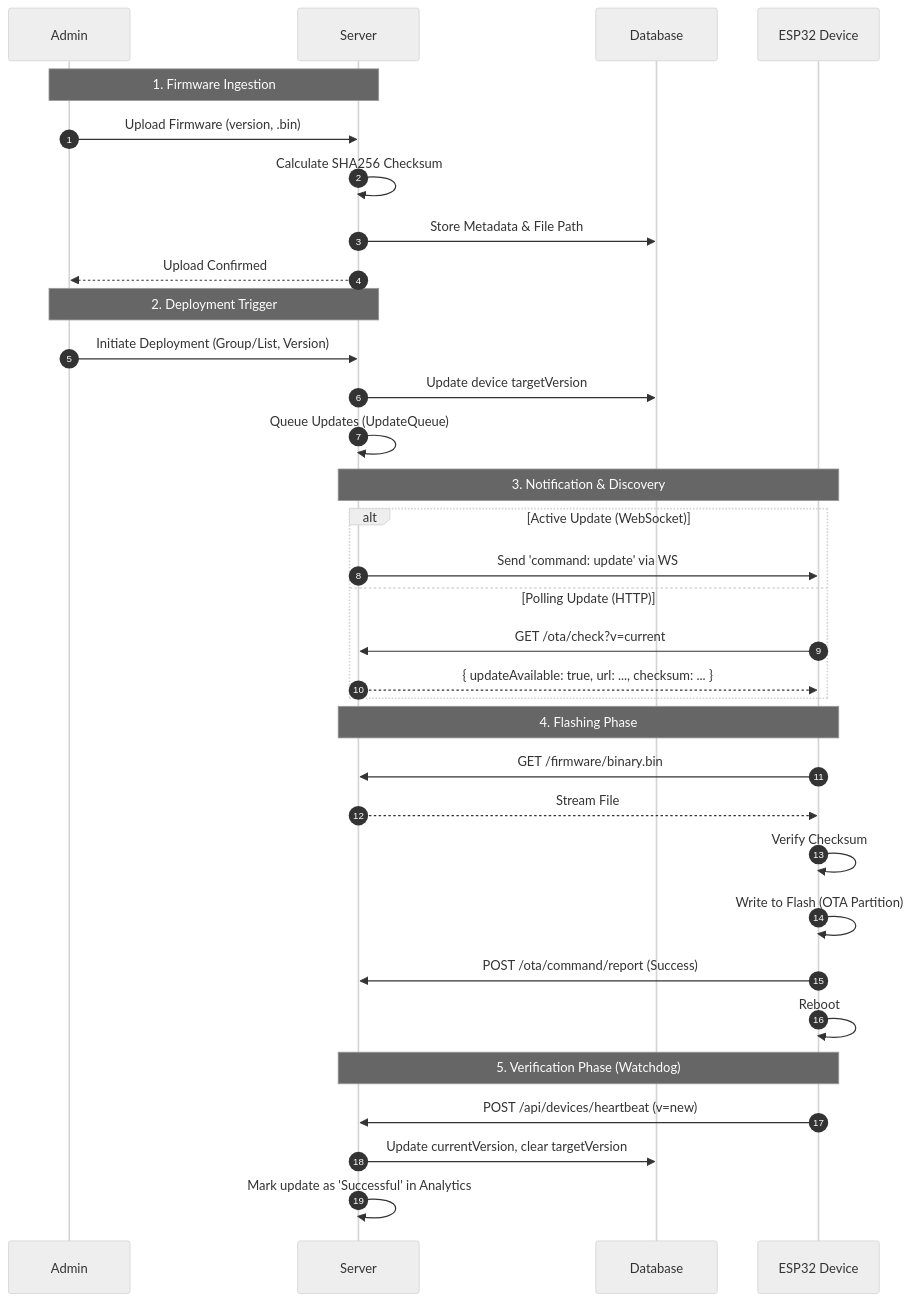
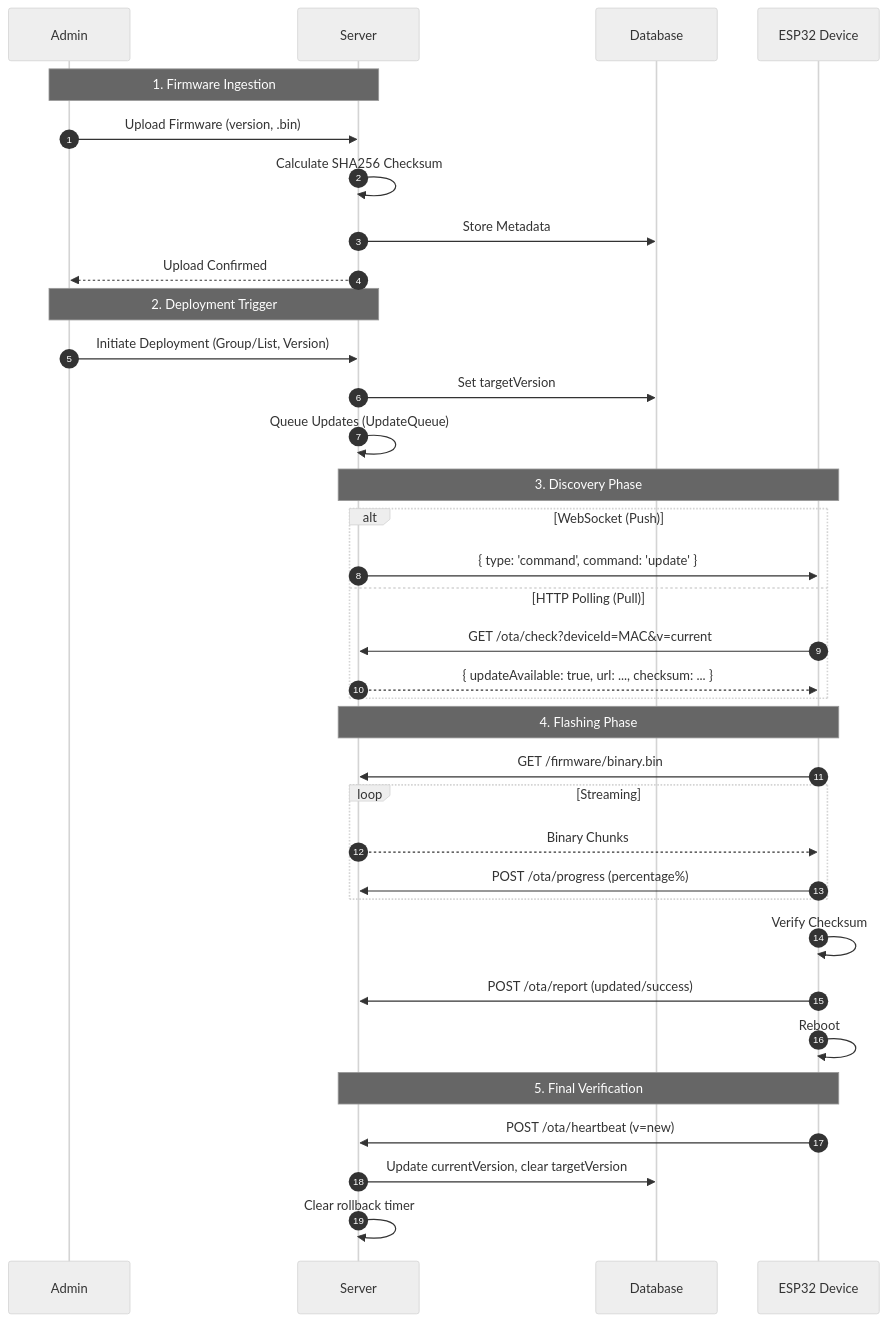
The second of 2 diagrams in README.md (satya1541/ota), drawn with Mermaid (neutral theme) before and after one commit. The commit also changed other lines of this file, not shown here.

Commit message:
docs: update system architecture and OTA lifecycle diagrams in README

````diff
--- a/README.md
+++ b/README.md
@@ -151,40 +156,42 @@
 ```mermaid
 sequenceDiagram
     autonumber
     participant A as Admin
     participant S as Server
     participant DB as Database
     participant D as ESP32 Device
 
     Note over A, S: 1. Firmware Ingestion
     A->>S: Upload Firmware (version, .bin)
     S->>S: Calculate SHA256 Checksum
-    S->>DB: Store Metadata & File Path
+    S->>DB: Store Metadata
     S-->>A: Upload Confirmed
 
     Note over A, S: 2. Deployment Trigger
     A->>S: Initiate Deployment (Group/List, Version)
-    S->>DB: Update device targetVersion
+    S->>DB: Set targetVersion
     S->>S: Queue Updates (UpdateQueue)
 
-    Note over S, D: 3. Notification & Discovery
-    alt Active Update (WebSocket)
-        S->>D: Send 'command: update' via WS
-    else Polling Update (HTTP)
-        D->>S: GET /ota/check?v=current
+    Note over S, D: 3. Discovery Phase
+    alt WebSocket (Push)
+        S->>D: { type: 'command', command: 'update' }
+    else HTTP Polling (Pull)
+        D->>S: GET /ota/check?deviceId=MAC&v=current
         S-->>D: { updateAvailable: true, url: ..., checksum: ... }
     end
 
     Note over D, S: 4. Flashing Phase
     D->>S: GET /firmware/binary.bin
-    S-->>D: Stream File
+    loop Streaming
+        S-->>D: Binary Chunks
+        D->>S: POST /ota/progress (percentage%)
+    end
     D->>D: Verify Checksum
-    D->>D: Write to Flash (OTA Partition)
-    D->>S: POST /ota/command/report (Success)
+    D->>S: POST /ota/report (updated/success)
     D->>D: Reboot
 
-    Note over D, S: 5. Verification Phase (Watchdog)
-    D->>S: POST /api/devices/heartbeat (v=new)
+    Note over D, S: 5. Final Verification
+    D->>S: POST /ota/heartbeat (v=new)
     S->>DB: Update currentVersion, clear targetVersion
-    S->>S: Mark update as 'Successful' in Analytics
+    S->>S: Clear rollback timer
 ```
````
